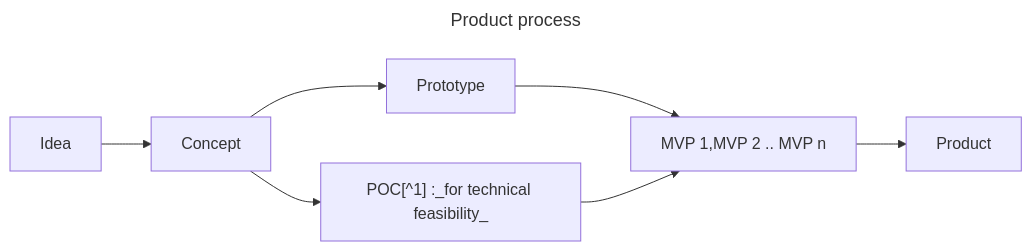
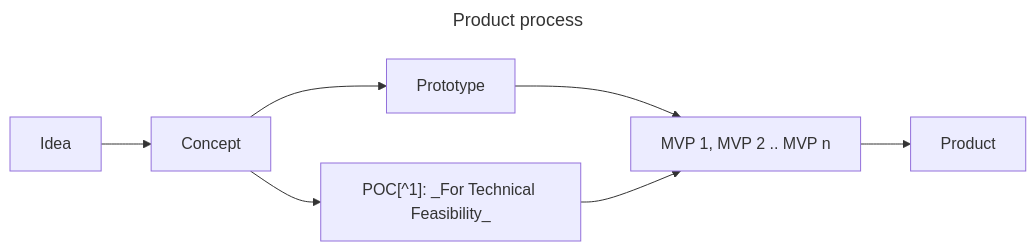
One commit to knatarasan/knatarasan.github.io changed the third of 3 diagrams in _posts/2025-07-03-this-is-prototype-book.md. Above: the diagram before and after it, drawn with Mermaid. The commit also changed other lines of this file, not shown here.

````diff
--- a/_posts/2025-07-03-this-is-prototype-book.md
+++ b/_posts/2025-07-03-this-is-prototype-book.md
@@ -94,11 +95,11 @@
 ```mermaid
 ---
 title: Product process
 ---
 flowchart LR
 Idea --> C[Concept] 
 C --> PT[Prototype] 
-C --> POC["POC[^1]" :_for technical feasibility_]
-PT --> MVP[MVP 1,MVP 2 .. MVP n]
+C --> POC["POC[^1]": _For Technical Feasibility_]
+PT --> MVP[MVP 1, MVP 2 .. MVP n]
 POC --> MVP --> Product
 ```
````
